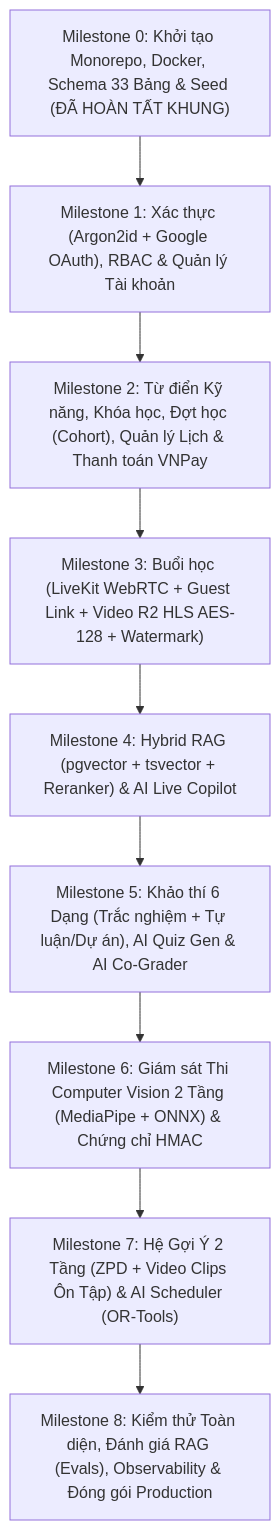
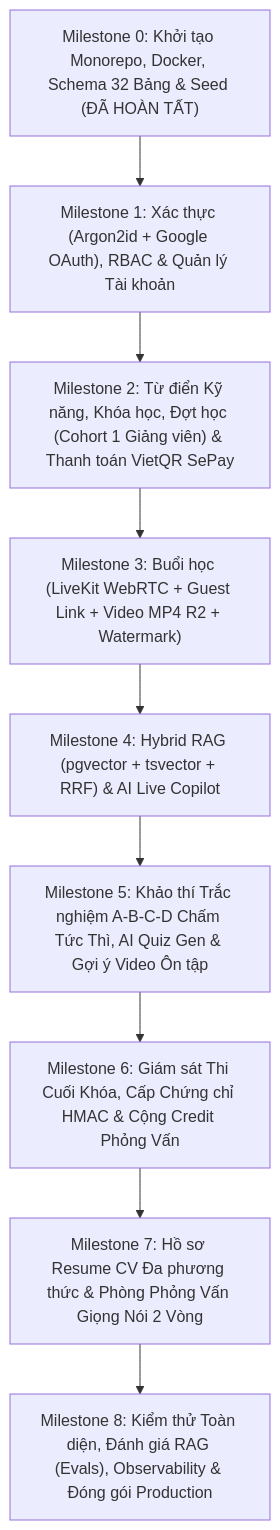
Before and after one commit to trannguyensonthanh/3TAcademy: the diagram in docs/05-implementation-roadmap.md, drawn with Mermaid. The commit also changed other lines of this file and 120 other files, not shown here.

````diff
--- a/docs/05-implementation-roadmap.md
+++ b/docs/05-implementation-roadmap.md
@@ -9,14 +9,14 @@
 ```mermaid
 flowchart TD
-    M0["Milestone 0: Khởi tạo Monorepo, Docker, Schema 33 Bảng & Seed (ĐÃ HOÀN TẤT KHUNG)"]
+    M0["Milestone 0: Khởi tạo Monorepo, Docker, Schema 32 Bảng & Seed (ĐÃ HOÀN TẤT)"]
     M1["Milestone 1: Xác thực (Argon2id + Google OAuth), RBAC & Quản lý Tài khoản"]
-    M2["Milestone 2: Từ điển Kỹ năng, Khóa học, Đợt học (Cohort), Quản lý Lịch & Thanh toán VNPay"]
-    M3["Milestone 3: Buổi học (LiveKit WebRTC + Guest Link + Video R2 HLS AES-128 + Watermark)"]
-    M4["Milestone 4: Hybrid RAG (pgvector + tsvector + Reranker) & AI Live Copilot"]
-    M5["Milestone 5: Khảo thí 6 Dạng (Trắc nghiệm + Tự luận/Dự án), AI Quiz Gen & AI Co-Grader"]
-    M6["Milestone 6: Giám sát Thi Computer Vision 2 Tầng (MediaPipe + ONNX) & Chứng chỉ HMAC"]
-    M7["Milestone 7: Hệ Gợi Ý 2 Tầng (ZPD + Video Clips Ôn Tập) & AI Scheduler (OR-Tools)"]
+    M2["Milestone 2: Từ điển Kỹ năng, Khóa học, Đợt học (Cohort 1 Giảng viên) & Thanh toán VietQR SePay"]
+    M3["Milestone 3: Buổi học (LiveKit WebRTC + Guest Link + Video MP4 R2 + Watermark)"]
+    M4["Milestone 4: Hybrid RAG (pgvector + tsvector + RRF) & AI Live Copilot"]
+    M5["Milestone 5: Khảo thí Trắc nghiệm A-B-C-D Chấm Tức Thì, AI Quiz Gen & Gợi ý Video Ôn tập"]
+    M6["Milestone 6: Giám sát Thi Cuối Khóa, Cấp Chứng chỉ HMAC & Cộng Credit Phỏng Vấn"]
+    M7["Milestone 7: Hồ sơ Resume CV Đa phương thức & Phòng Phỏng Vấn Giọng Nói 2 Vòng"]
     M8["Milestone 8: Kiểm thử Toàn diện, Đánh giá RAG (Evals), Observability & Đóng gói Production"]
 
     M0 --> M1 --> M2 --> M3 --> M4 --> M5 --> M6 --> M7 --> M8
 ```
````
